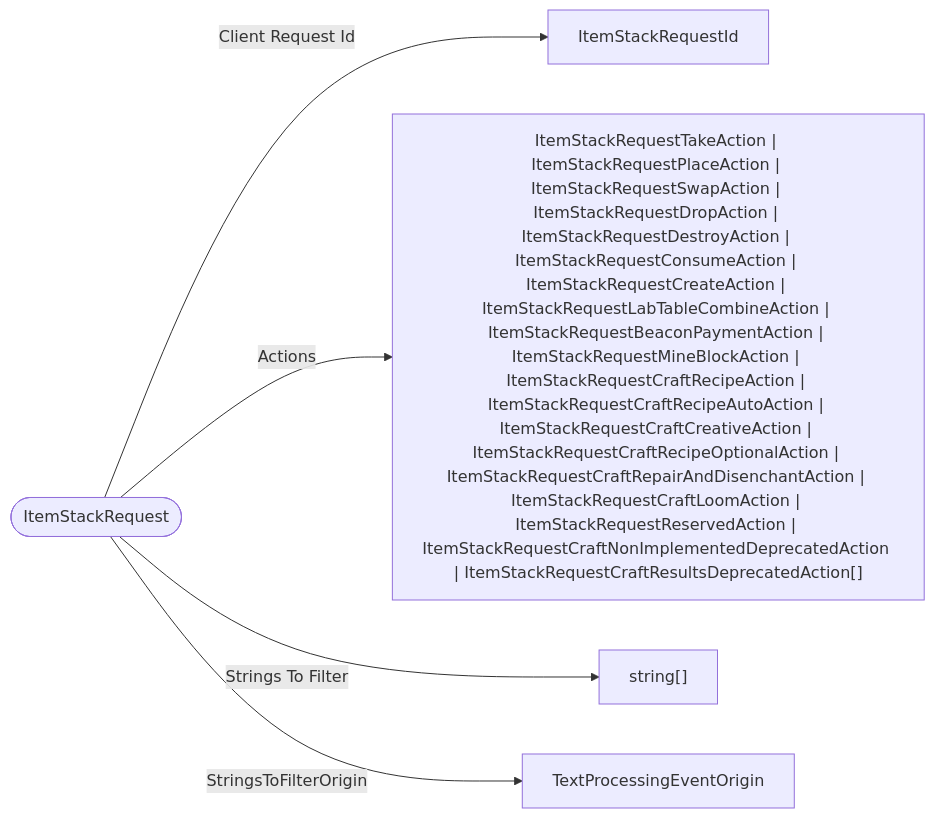
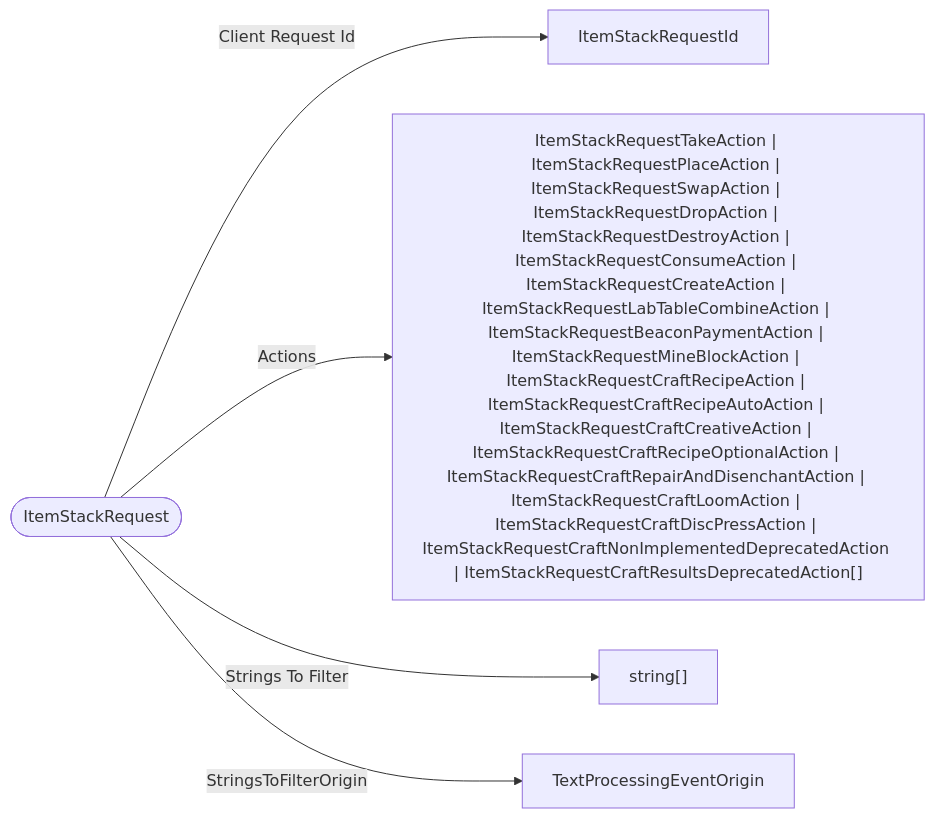
One commit to bedrock-v/protocol-docs changed the diagram in schemas/types/ItemStackRequest.md. Above: the diagram before and after it, drawn with Mermaid. The commit also changed 384 other files, not shown here.

````diff
--- a/schemas/types/ItemStackRequest.md
+++ b/schemas/types/ItemStackRequest.md
@@ -5,8 +5,8 @@
 ```mermaid
 flowchart LR
   ROOT(["ItemStackRequest"])
   ROOT -->|"Client Request Id"| ItemStackRequestId["ItemStackRequestId"]
-  ROOT -->|"Actions"| ItemStackRequestTakeAction___ItemStackRequestPlaceAction___ItemStackRequestSwapAction___ItemStackRequestDropAction___ItemStackRequestDestroyAction___ItemStackRequestConsumeAction___ItemStackRequestCreateAction___ItemStackRequestLabTableCombineAction___ItemStackRequestBeaconPaymentAction___ItemStackRequestMineBlockAction___ItemStackRequestCraftRecipeAction___ItemStackRequestCraftRecipeAutoAction___ItemStackRequestCraftCreativeAction___ItemStackRequestCraftRecipeOptionalAction___ItemStackRequestCraftRepairAndDisenchantAction___ItemStackRequestCraftLoomAction___ItemStackRequestReservedAction___ItemStackRequestCraftNonImplementedDeprecatedAction___ItemStackRequestCraftResultsDeprecatedAction["ItemStackRequestTakeAction | ItemStackRequestPlaceAction | ItemStackRequestSwapAction | ItemStackRequestDropAction | ItemStackRequestDestroyAction | ItemStackRequestConsumeAction | ItemStackRequestCreateAction | ItemStackRequestLabTableCombineAction | ItemStackRequestBeaconPaymentAction | ItemStackRequestMineBlockAction | ItemStackRequestCraftRecipeAction | ItemStackRequestCraftRecipeAutoAction | ItemStackRequestCraftCreativeAction | ItemStackRequestCraftRecipeOptionalAction | ItemStackRequestCraftRepairAndDisenchantAction | ItemStackRequestCraftLoomAction | ItemStackRequestReservedAction | ItemStackRequestCraftNonImplementedDeprecatedAction | ItemStackRequestCraftResultsDeprecatedAction[]"]
+  ROOT -->|"Actions"| ItemStackRequestTakeAction___ItemStackRequestPlaceAction___ItemStackRequestSwapAction___ItemStackRequestDropAction___ItemStackRequestDestroyAction___ItemStackRequestConsumeAction___ItemStackRequestCreateAction___ItemStackRequestLabTableCombineAction___ItemStackRequestBeaconPaymentAction___ItemStackRequestMineBlockAction___ItemStackRequestCraftRecipeAction___ItemStackRequestCraftRecipeAutoAction___ItemStackRequestCraftCreativeAction___ItemStackRequestCraftRecipeOptionalAction___ItemStackRequestCraftRepairAndDisenchantAction___ItemStackRequestCraftLoomAction___ItemStackRequestCraftDiscPressAction___ItemStackRequestCraftNonImplementedDeprecatedAction___ItemStackRequestCraftResultsDeprecatedAction["ItemStackRequestTakeAction | ItemStackRequestPlaceAction | ItemStackRequestSwapAction | ItemStackRequestDropAction | ItemStackRequestDestroyAction | ItemStackRequestConsumeAction | ItemStackRequestCreateAction | ItemStackRequestLabTableCombineAction | ItemStackRequestBeaconPaymentAction | ItemStackRequestMineBlockAction | ItemStackRequestCraftRecipeAction | ItemStackRequestCraftRecipeAutoAction | ItemStackRequestCraftCreativeAction | ItemStackRequestCraftRecipeOptionalAction | ItemStackRequestCraftRepairAndDisenchantAction | ItemStackRequestCraftLoomAction | ItemStackRequestCraftDiscPressAction | ItemStackRequestCraftNonImplementedDeprecatedAction | ItemStackRequestCraftResultsDeprecatedAction[]"]
   ROOT -->|"Strings To Filter"| string["string[]"]
   ROOT -->|"StringsToFilterOrigin"| TextProcessingEventOrigin["TextProcessingEventOrigin"]
 ```
````
